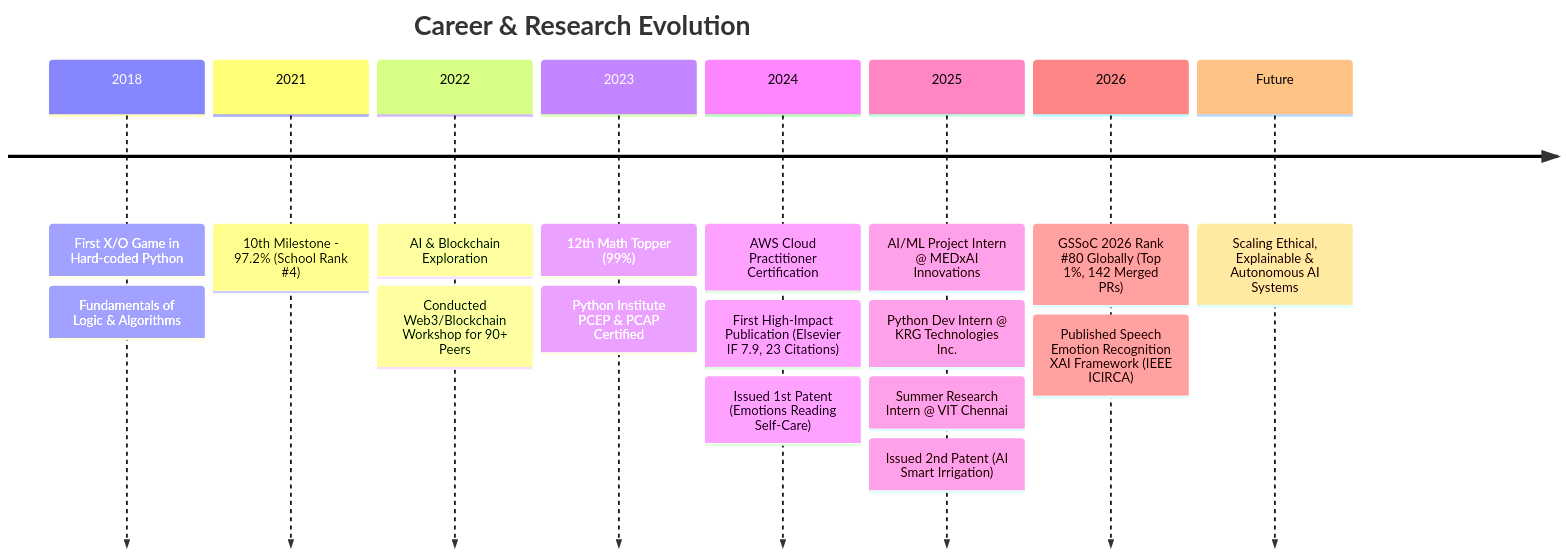
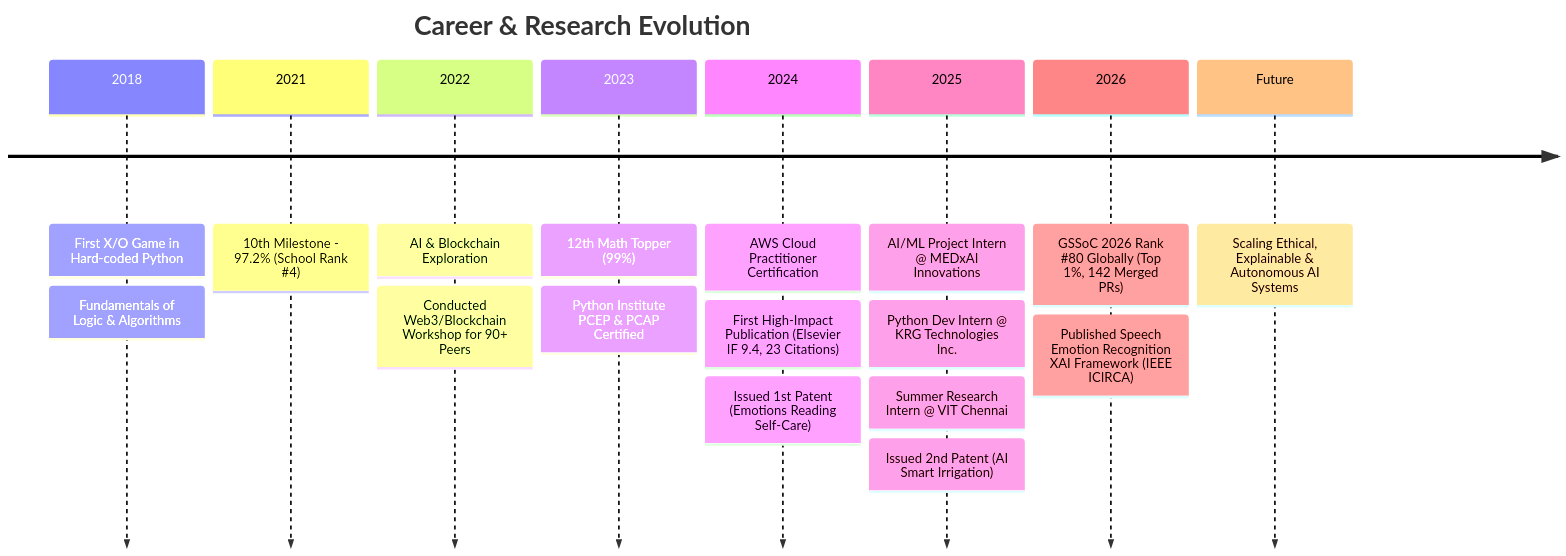
One commit to GOKULRAM-K/GOKULRAM-K changed the diagram in README.md. Above: the diagram before and after it, drawn with Mermaid. The commit also changed other lines of this file, not shown here.

````diff
--- a/README.md
+++ b/README.md
@@ -105,21 +105,21 @@
 ```mermaid
 timeline
     title Career & Research Evolution
     2018 : First X/O Game in Hard-coded Python
          : Fundamentals of Logic & Algorithms
     2021 : 10th Milestone - 97.2% (School Rank #4)
     2022 : AI & Blockchain Exploration
          : Conducted Web3/Blockchain Workshop for 90+ Peers
     2023 : 12th Math Topper (99%)
          : Python Institute PCEP & PCAP Certified
     2024 : AWS Cloud Practitioner Certification
-         : First High-Impact Publication (Elsevier IF 7.9, 23 Citations)
+         : First High-Impact Publication (Elsevier IF 9.4, 23 Citations)
          : Issued 1st Patent (Emotions Reading Self-Care)
     2025 : AI/ML Project Intern @ MEDxAI Innovations
          : Python Dev Intern @ KRG Technologies Inc.
          : Summer Research Intern @ VIT Chennai
          : Issued 2nd Patent (AI Smart Irrigation)
     2026 : GSSoC 2026 Rank #80 Globally (Top 1%, 142 Merged PRs)
          : Published Speech Emotion Recognition XAI Framework (IEEE ICIRCA)
     Future : Scaling Ethical, Explainable & Autonomous AI Systems
 ```
````
